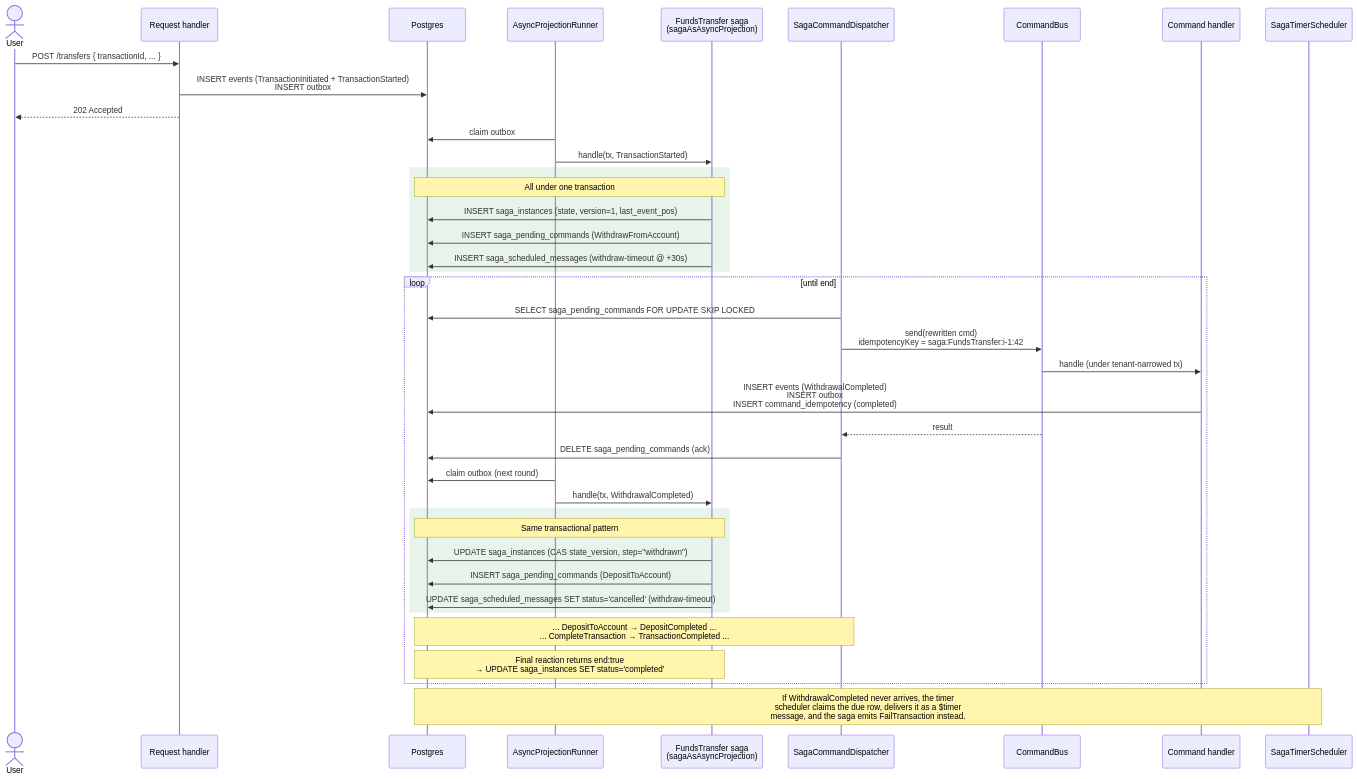
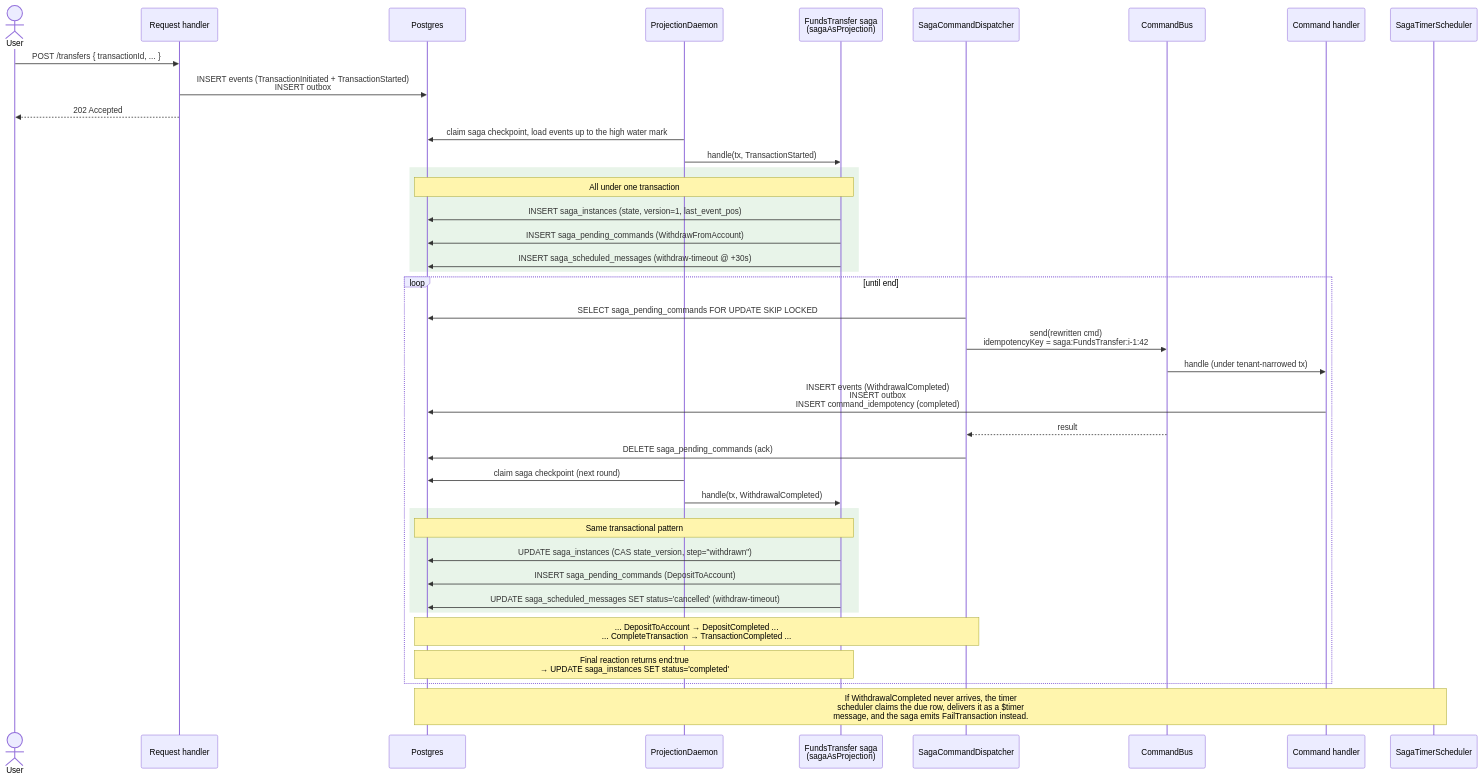
One commit to hi-mind-ltd/eventfabric changed the fourth of 4 diagrams in README.md. Above: the diagram before and after it, drawn with Mermaid. The commit also changed other lines of this file and 13 other files, not shown here.

````diff
--- a/README.md
+++ b/README.md
@@ -314,48 +314,48 @@
 ```mermaid
 sequenceDiagram
     actor User
     participant API as Request handler
     participant DB as Postgres
-    participant Runner as AsyncProjectionRunner
-    participant Saga as FundsTransfer saga<br/>(sagaAsAsyncProjection)
+    participant Runner as ProjectionDaemon
+    participant Saga as FundsTransfer saga<br/>(sagaAsProjection)
     participant Disp as SagaCommandDispatcher
     participant Bus as CommandBus
     participant H as Command handler
     participant Sched as SagaTimerScheduler
 
     User->>API: POST /transfers  { transactionId, ... }
     API->>DB: INSERT events  (TransactionInitiated + TransactionStarted)<br/>INSERT outbox
     API-->>User: 202 Accepted
 
-    Runner->>DB: claim outbox
+    Runner->>DB: claim saga checkpoint, load events up to the high water mark
     Runner->>Saga: handle(tx, TransactionStarted)
     rect rgb(232, 244, 233)
     Note over Saga,DB: All under one transaction
     Saga->>DB: INSERT saga_instances  (state, version=1, last_event_pos)
     Saga->>DB: INSERT saga_pending_commands  (WithdrawFromAccount)
     Saga->>DB: INSERT saga_scheduled_messages  (withdraw-timeout @ +30s)
     end
 
     loop until end
         Disp->>DB: SELECT saga_pending_commands FOR UPDATE SKIP LOCKED
         Disp->>Bus: send(rewritten cmd)<br/>idempotencyKey = saga:FundsTransfer:i-1:42
         Bus->>H: handle (under tenant-narrowed tx)
         H->>DB: INSERT events  (WithdrawalCompleted)<br/>INSERT outbox<br/>INSERT command_idempotency  (completed)
         Bus-->>Disp: result
         Disp->>DB: DELETE saga_pending_commands  (ack)
 
-        Runner->>DB: claim outbox  (next round)
+        Runner->>DB: claim saga checkpoint  (next round)
         Runner->>Saga: handle(tx, WithdrawalCompleted)
         rect rgb(232, 244, 233)
         Note over Saga,DB: Same transactional pattern
         Saga->>DB: UPDATE saga_instances  (CAS state_version, step="withdrawn")
         Saga->>DB: INSERT saga_pending_commands  (DepositToAccount)
         Saga->>DB: UPDATE saga_scheduled_messages  SET status='cancelled'  (withdraw-timeout)
         end
 
         Note over Disp,DB: ... DepositToAccount → DepositCompleted ...<br/>... CompleteTransaction → TransactionCompleted ...
         Note over Saga,DB: Final reaction returns end:true<br/>→ UPDATE saga_instances SET status='completed'
     end
 
     Note over Sched,DB: If WithdrawalCompleted never arrives, the timer<br/>scheduler claims the due row, delivers it as a $timer<br/>message, and the saga emits FailTransaction instead.
 ```
````
